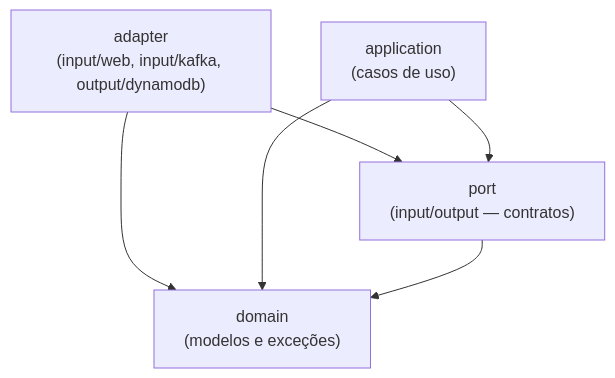
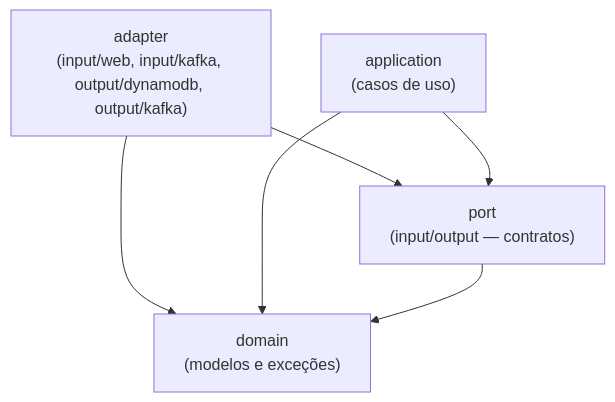
One commit to fabricioenric/itau-code-challenge-core-banking changed the first of 2 diagrams in README.md. Above: the diagram before and after it, drawn with Mermaid. The commit also changed other lines of this file and 21 other files, not shown here.

````diff
--- a/README.md
+++ b/README.md
@@ -57,13 +55,13 @@
 ```mermaid
 graph TD
-    Adapter["adapter<br/>(input/web, input/kafka, output/dynamodb)"]
+    Adapter["adapter<br/>(input/web, input/kafka, output/dynamodb, output/kafka)"]
     Application["application<br/>(casos de uso)"]
     Port["port<br/>(input/output — contratos)"]
     Domain["domain<br/>(modelos e exceções)"]
 
     Adapter --> Port
     Adapter --> Domain
     Application --> Port
     Application --> Domain
     Port --> Domain
 ```
````
